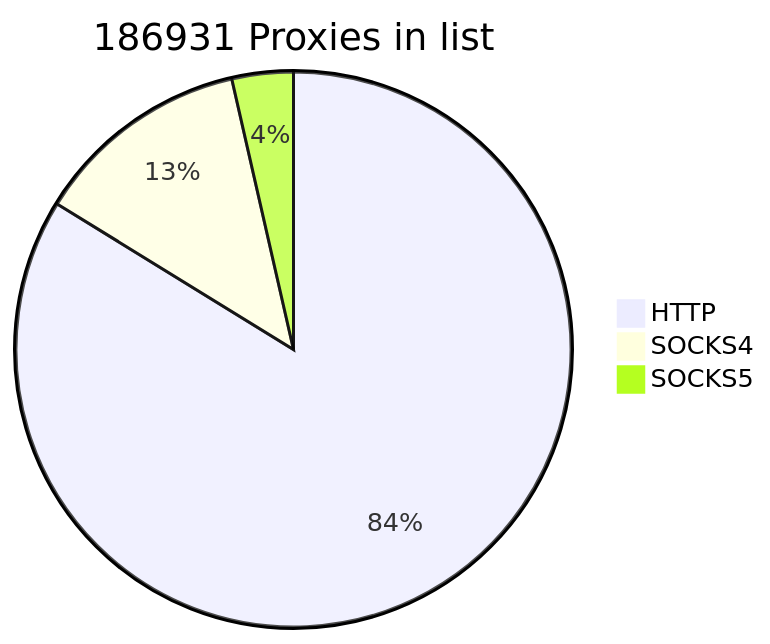
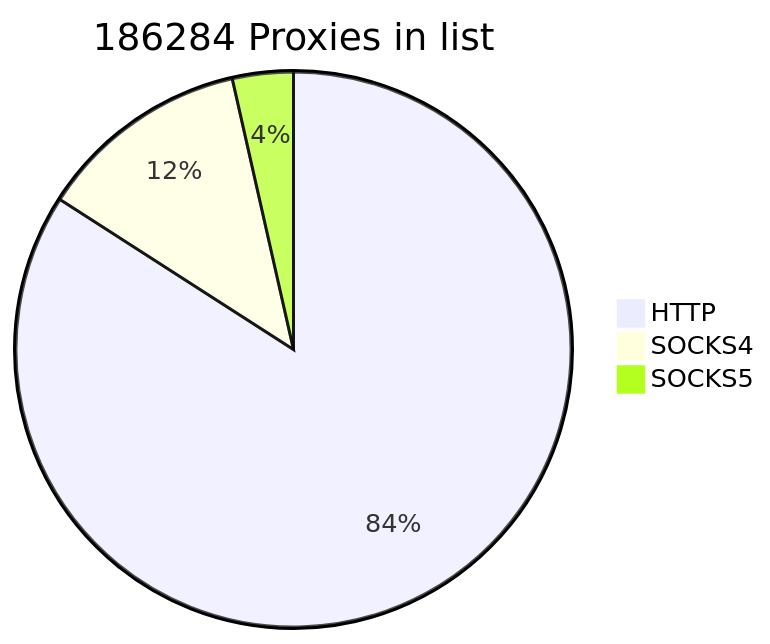
The first of 2 diagrams in README.md (cutipu/proxylist), drawn with Mermaid before and after one commit. The commit also changed other lines of this file, not shown here.

````diff
--- a/README.md
+++ b/README.md
@@ -2,7 +2,7 @@
 ```mermaid
-pie title 186931 Proxies in list
-    "HTTP" : 156624
-    "SOCKS4" : 23632
-    "SOCKS5" : 6675
+pie title 186284 Proxies in list
+    "HTTP" : 156647
+    "SOCKS4" : 23044
+    "SOCKS5" : 6593
             
 ```
````
